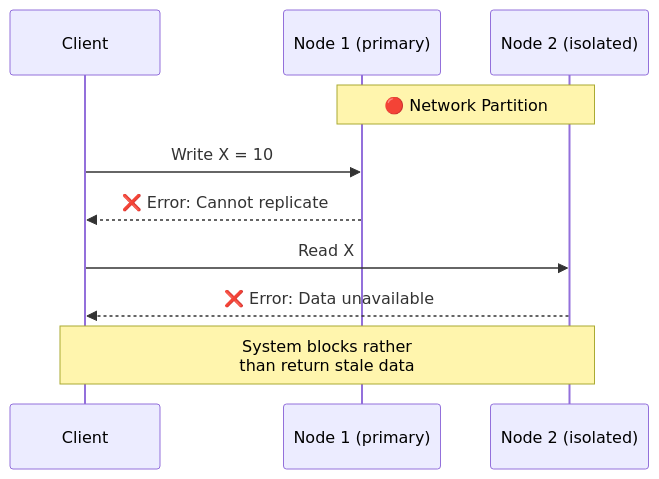
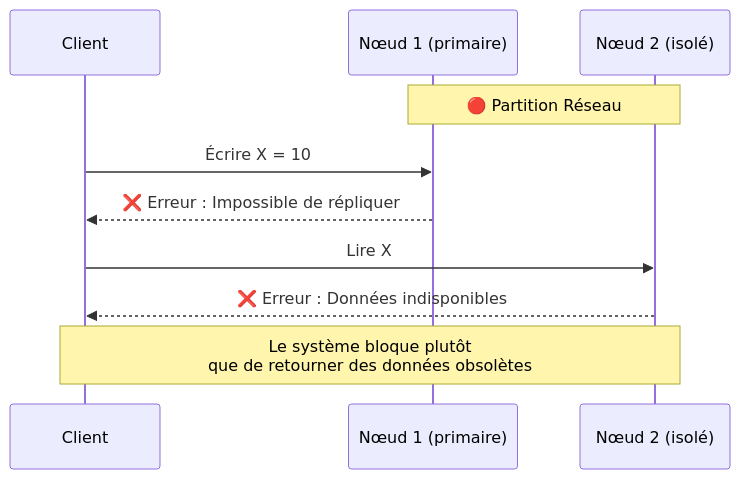
Before and after one commit to dardourimohamed/distributed-systems-course: the sixth of 12 diagrams in src/data-store/02-cap-theorem.md, drawn with Mermaid. The commit also changed other lines of this file and 38 other files, not shown here.

````diff
--- a/src/data-store/02-cap-theorem.md
+++ b/src/data-store/02-cap-theorem.md
@@ -146,16 +146,16 @@
 ```mermaid
 sequenceDiagram
     participant C as Client
-    participant N1 as Node 1 (primary)
-    participant N2 as Node 2 (isolated)
+    participant N1 as Nœud 1 (primaire)
+    participant N2 as Nœud 2 (isolé)
 
-    Note over N1,N2: 🔴 Network Partition
+    Note over N1,N2: 🔴 Partition Réseau
 
-    C->>N1: Write X = 10
-    N1-->>C: ❌ Error: Cannot replicate
+    C->>N1: Écrire X = 10
+    N1-->>C: ❌ Erreur : Impossible de répliquer
 
-    C->>N2: Read X
-    N2-->>C: ❌ Error: Data unavailable
+    C->>N2: Lire X
+    N2-->>C: ❌ Erreur : Données indisponibles
 
-    Note over C,N2: System blocks rather<br/>than return stale data
+    Note over C,N2: Le système bloque plutôt<br/>que de retourner des données obsolètes
 ```
````
